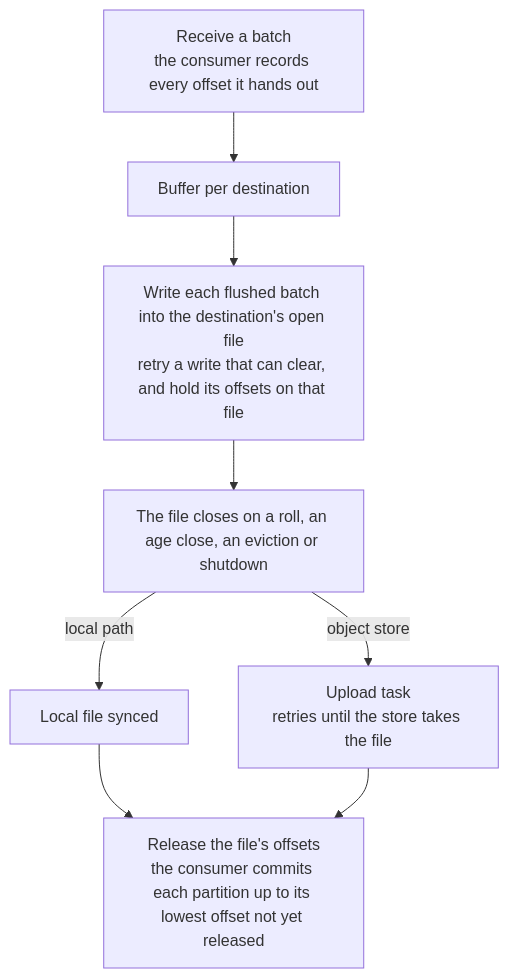
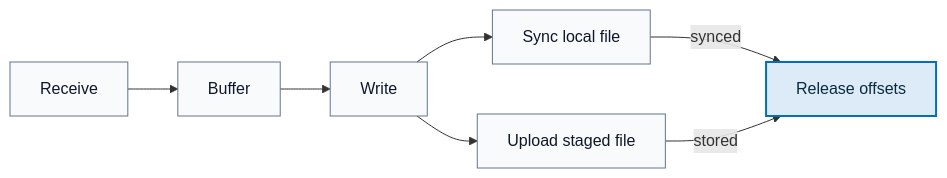
One commit to hyperi-io/dfe-archiver changed the diagram in docs/delivery.md. Above: the diagram before and after it, drawn with Mermaid. The commit also changed other lines of this file and 15 other files, not shown here.

First line of the commit message:
docs(archiver): redraw diagrams and correct documentation

````diff
--- a/docs/delivery.md
+++ b/docs/delivery.md
@@ -17,13 +19,23 @@
 ```mermaid
-flowchart TB
-    A["Receive a batch<br/>the consumer records every offset it hands out"]
-    B["Buffer per destination"]
-    C["Write each flushed batch into the destination's open file<br/>retry a write that can clear, and hold its offsets on that file"]
-    D["The file closes on a roll, an age close, an eviction or shutdown"]
-    E["Local file synced"]
-    F["Upload task<br/>retries until the store takes the file"]
-    G["Release the file's offsets<br/>the consumer commits each partition up to its lowest offset not yet released"]
-    A --> B --> C --> D
-    D -->|local path| E --> G
-    D -->|object store| F --> G
+flowchart LR
+    accTitle: L4 Detail -- Release on a complete file
+    accDescr: A batch is received, buffered and written into its destination's open file. When the file closes, a local file is synced or a staged file is uploaded, and only then are the file's offsets released.
+
+    receive["Receive"]
+    buffer["Buffer"]
+    write["Write"]
+    sync["Sync local file"]
+    upload["Upload staged file"]
+    release["Release offsets"]
+
+    receive --> buffer
+    buffer --> write
+    write --> sync
+    write --> upload
+    sync -->|synced| release
+    upload -->|stored| release
+
+    classDef default fill:#F8FAFC,stroke:#64748B,stroke-width:1px,color:#0F172A
+    classDef core fill:#DCEBF7,stroke:#0072B2,stroke-width:2px,color:#0B2A3F
+    class release core
 ```
````
